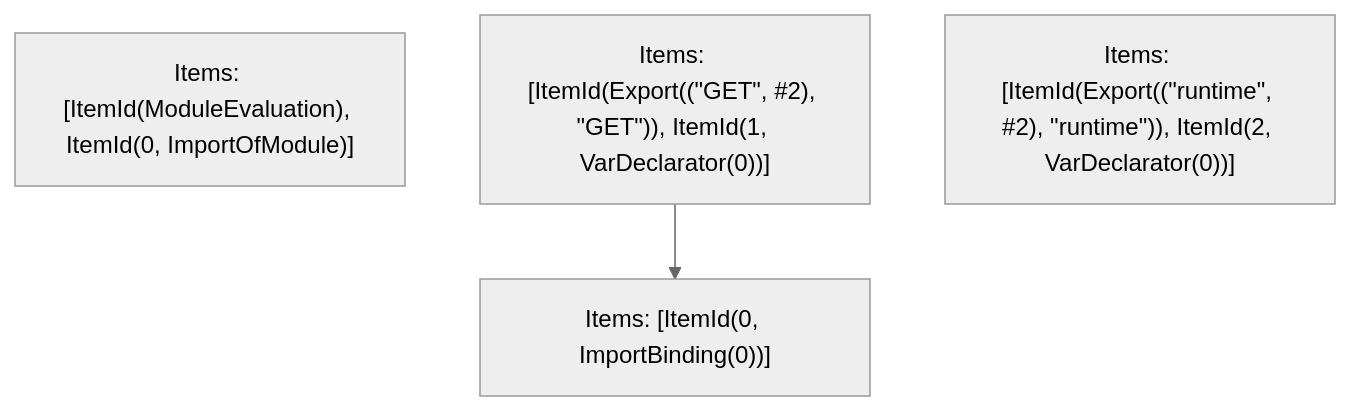
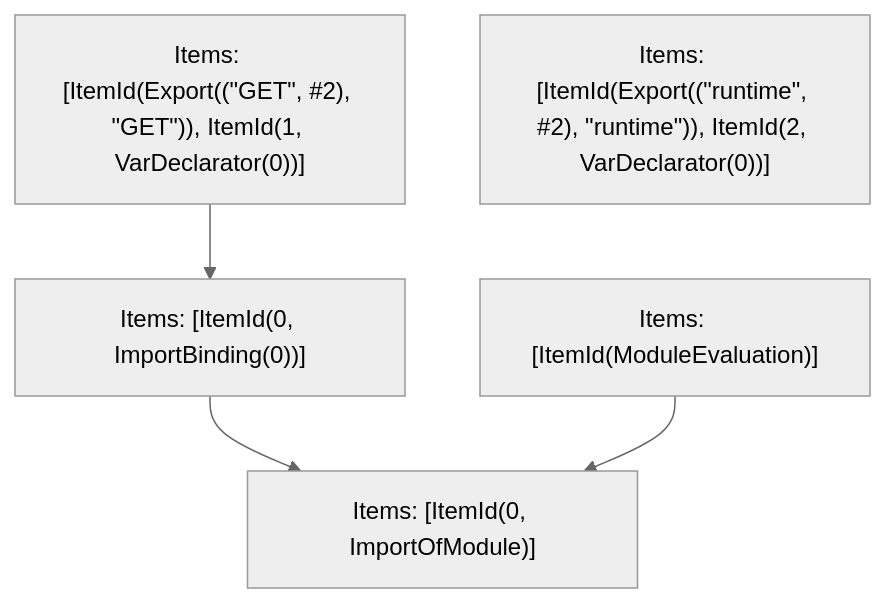
Before and after one commit to Dreitt/nextt: the fifth of 5 diagrams in turbopack/crates/turbopack-ecmascript/tests/tree-shaker/analyzer/route-handler/output.md, drawn with Mermaid (neutral theme). The commit also changed other lines of this file and 19 other files, not shown here.

````diff
--- a/turbopack/crates/turbopack-ecmascript/tests/tree-shaker/analyzer/route-handler/output.md
+++ b/turbopack/crates/turbopack-ecmascript/tests/tree-shaker/analyzer/route-handler/output.md
@@ -117,8 +117,11 @@
 ```mermaid
 graph TD
-    N0["Items: [ItemId(ModuleEvaluation), ItemId(0, ImportOfModule)]"];
+    N0["Items: [ItemId(ModuleEvaluation)]"];
     N1["Items: [ItemId(Export((&quot;GET&quot;, #2), &quot;GET&quot;)), ItemId(1, VarDeclarator(0))]"];
     N2["Items: [ItemId(Export((&quot;runtime&quot;, #2), &quot;runtime&quot;)), ItemId(2, VarDeclarator(0))]"];
-    N3["Items: [ItemId(0, ImportBinding(0))]"];
-    N1 --> N3;
+    N3["Items: [ItemId(0, ImportOfModule)]"];
+    N4["Items: [ItemId(0, ImportBinding(0))]"];
+    N1 --> N4;
+    N4 --> N3;
+    N0 --> N3;
 ```
````
